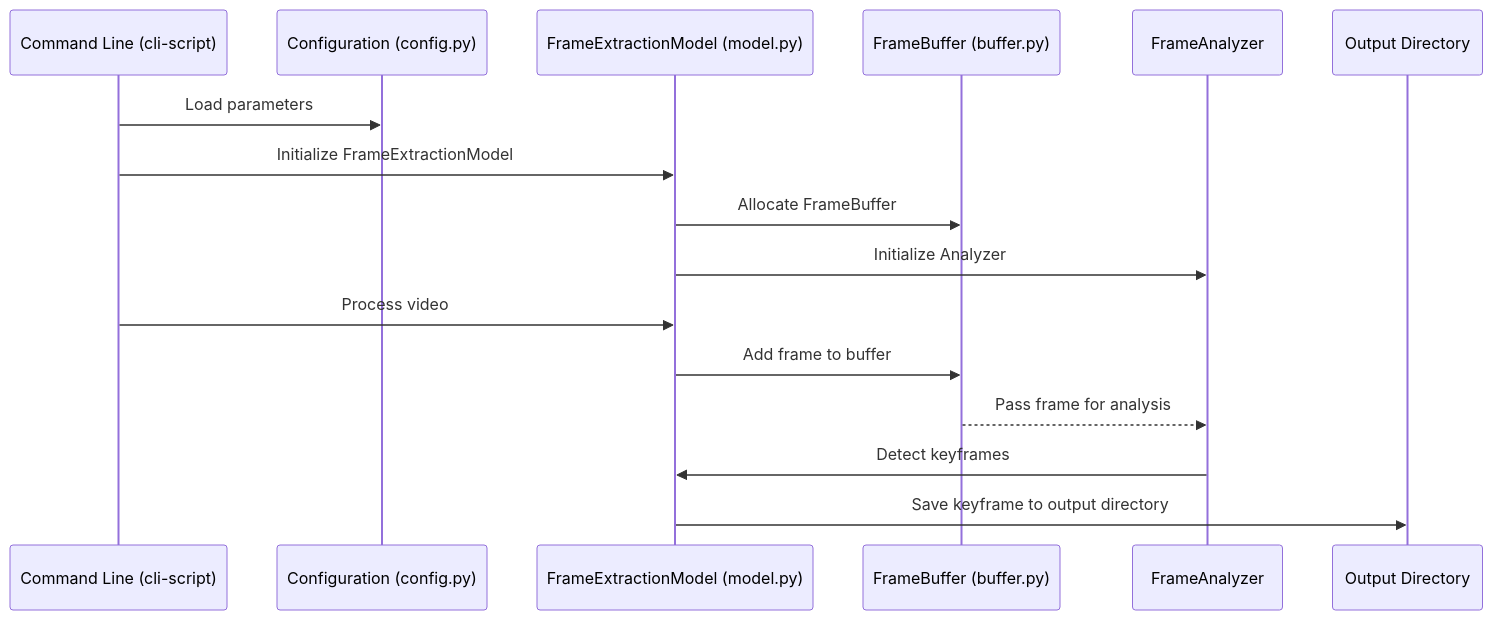
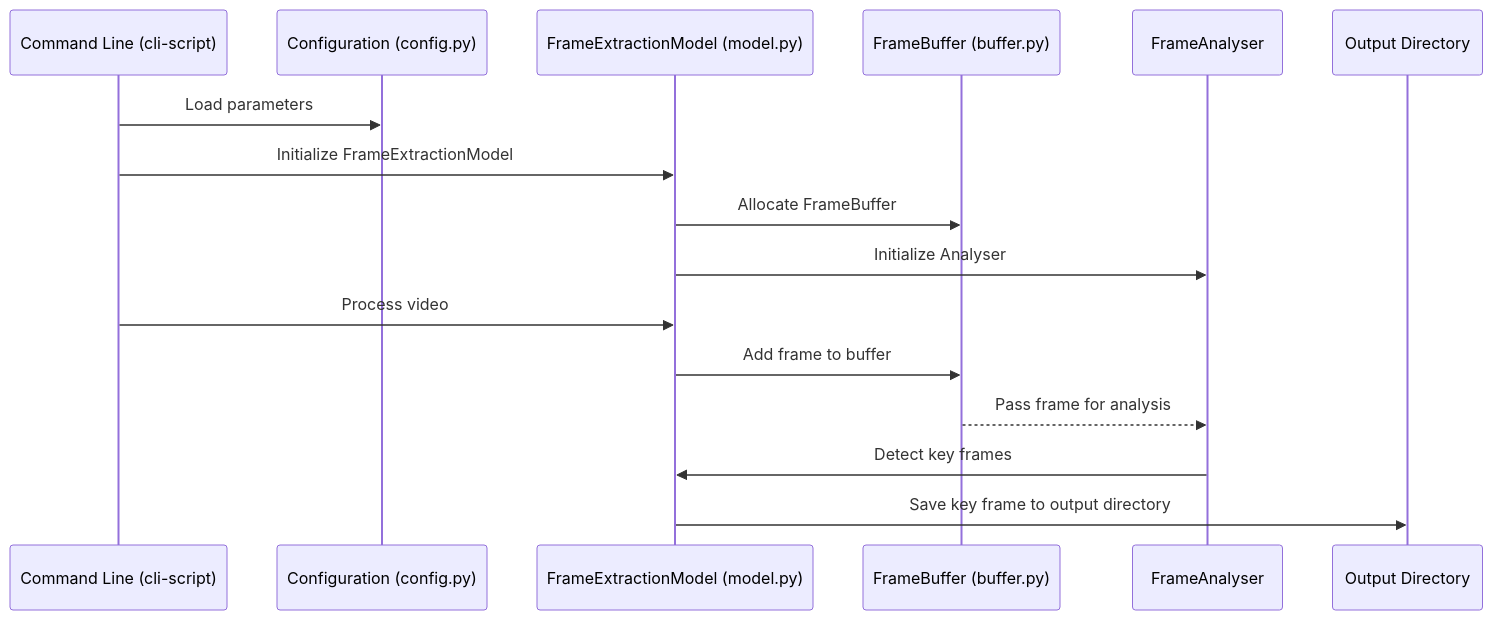
Before and after one commit to davidj-brewster/video-to-keyframes: the first of 2 diagrams in README.md, drawn with Mermaid. The commit also changed other lines of this file, not shown here.

````diff
--- a/README.md
+++ b/README.md
@@ -11,20 +10,20 @@
 ```mermaid
 sequenceDiagram
     participant CLI as Command Line (cli-script)
     participant Config as Configuration (config.py)
     participant Model as FrameExtractionModel (model.py)
     participant Buffer as FrameBuffer (buffer.py)
-    participant Analyzer as FrameAnalyzer
+    participant Analyser as FrameAnalyser
     participant Output as Output Directory
 
     CLI->>Config: Load parameters
     CLI->>Model: Initialize FrameExtractionModel
     Model->>Buffer: Allocate FrameBuffer
-    Model->>Analyzer: Initialize Analyzer
+    Model->>Analyser: Initialize Analyser
 
     CLI->>Model: Process video
     Model->>Buffer: Add frame to buffer
-    Buffer-->>Analyzer: Pass frame for analysis
-    Analyzer->>Model: Detect keyframes
-    Model->>Output: Save keyframe to output directory
+    Buffer-->>Analyser: Pass frame for analysis
+    Analyser->>Model: Detect key frames
+    Model->>Output: Save key frame to output directory
 ```
````
